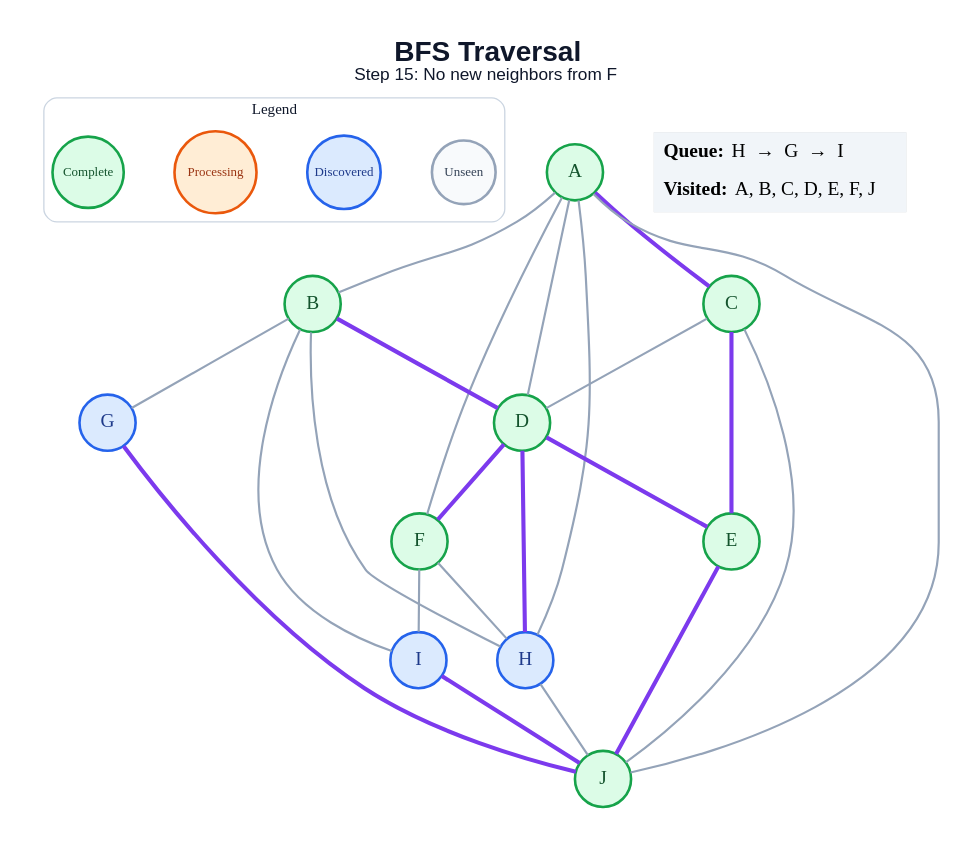
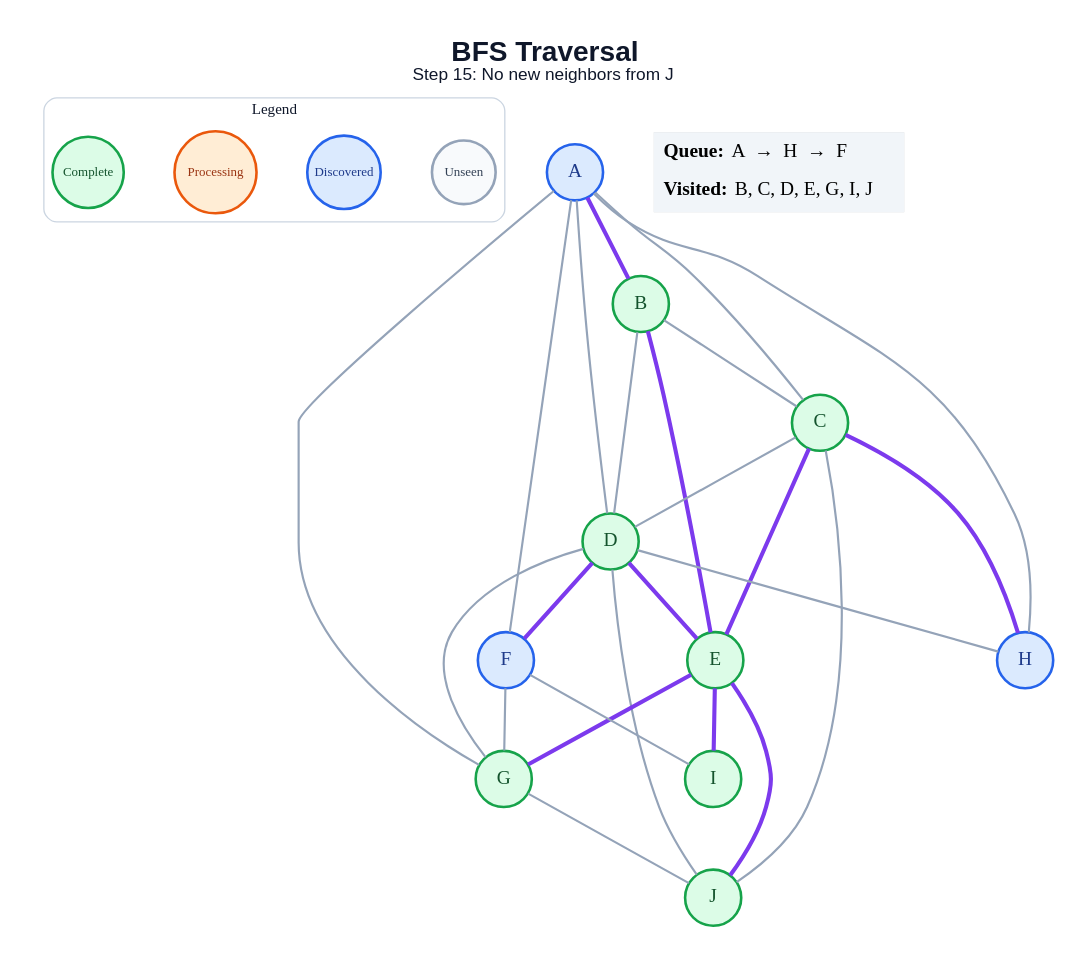
The diagram in generated/specific-node/bfs/step_15.dot (amanghodawala9/ai-slop), drawn with Graphviz before and after one commit. The commit also changed 178 other files, not shown here.

```diff
--- a/generated/specific-node/bfs/step_15.dot
+++ b/generated/specific-node/bfs/step_15.dot
@@ -1,51 +1,53 @@
 graph traversal {
   graph [layout=dot, rankdir=TB, bgcolor="#FFFFFF", pad="0.35", nodesep="0.65", ranksep="0.8", fontname="Arial"];
   node [shape=circle, style="filled", fontname="Arial Bold", fontsize=18, width=0.72, fixedsize=true, penwidth=2.4];
   edge [color="#94A3B8", penwidth=2.0];
-  label=<<B>BFS Traversal</B><BR/><FONT POINT-SIZE="16">Step 15: No new neighbors from F</FONT>>; labelloc="t"; fontsize=26; fontname="Arial"; fontcolor="#0F172A";
+  label=<<B>BFS Traversal</B><BR/><FONT POINT-SIZE="16">Step 15: No new neighbors from J</FONT>>; labelloc="t"; fontsize=26; fontname="Arial"; fontcolor="#0F172A";
   subgraph cluster_legend { label="Legend"; color="#CBD5E1"; penwidth=1.2; style="rounded"; fontsize=14; fontname="Arial Bold";
     key_unseen [label="Unseen", fillcolor="#F8FAFC", color="#94A3B8", fontcolor="#334155", fontsize=12, width=0.82];
     key_frontier [label="Discovered", fillcolor="#DBEAFE", color="#2563EB", fontcolor="#1E3A8A", fontsize=12, width=0.95];
     key_current [label="Processing", fillcolor="#FFEDD5", color="#EA580C", fontcolor="#9A3412", fontsize=12, width=1.05];
     key_done [label="Complete", fillcolor="#DCFCE7", color="#16A34A", fontcolor="#14532D", fontsize=12, width=0.92];
     { rank=same; key_unseen; key_frontier; key_current; key_done; }
   }
-  A [fillcolor="#DCFCE7", color="#16A34A", fontcolor="#14532D"];
+  A [fillcolor="#DBEAFE", color="#2563EB", fontcolor="#1E3A8A"];
   B [fillcolor="#DCFCE7", color="#16A34A", fontcolor="#14532D"];
   C [fillcolor="#DCFCE7", color="#16A34A", fontcolor="#14532D"];
   D [fillcolor="#DCFCE7", color="#16A34A", fontcolor="#14532D"];
   E [fillcolor="#DCFCE7", color="#16A34A", fontcolor="#14532D"];
-  F [fillcolor="#DCFCE7", color="#16A34A", fontcolor="#14532D"];
-  G [fillcolor="#DBEAFE", color="#2563EB", fontcolor="#1E3A8A"];
+  F [fillcolor="#DBEAFE", color="#2563EB", fontcolor="#1E3A8A"];
+  G [fillcolor="#DCFCE7", color="#16A34A", fontcolor="#14532D"];
   H [fillcolor="#DBEAFE", color="#2563EB", fontcolor="#1E3A8A"];
-  I [fillcolor="#DBEAFE", color="#2563EB", fontcolor="#1E3A8A"];
+  I [fillcolor="#DCFCE7", color="#16A34A", fontcolor="#14532D"];
   J [fillcolor="#DCFCE7", color="#16A34A", fontcolor="#14532D"];
-  A -- B;
-  A -- C [color="#7C3AED", penwidth=3.8];
+  A -- B [color="#7C3AED", penwidth=3.8];
+  A -- C;
   A -- D;
   A -- F;
+  A -- G;
   A -- H;
-  A -- J;
-  B -- D [color="#7C3AED", penwidth=3.8];
-  B -- G;
-  B -- H;
-  B -- I;
+  B -- C;
+  B -- D;
+  B -- E [color="#7C3AED", penwidth=3.8];
   C -- D;
   C -- E [color="#7C3AED", penwidth=3.8];
+  C -- H [color="#7C3AED", penwidth=3.8];
   C -- J;
   D -- E [color="#7C3AED", penwidth=3.8];
   D -- F [color="#7C3AED", penwidth=3.8];
-  D -- H [color="#7C3AED", penwidth=3.8];
+  D -- G;
+  D -- H;
+  D -- J;
+  E -- G [color="#7C3AED", penwidth=3.8];
+  E -- I [color="#7C3AED", penwidth=3.8];
   E -- J [color="#7C3AED", penwidth=3.8];
-  F -- H;
+  F -- G;
   F -- I;
-  G -- J [color="#7C3AED", penwidth=3.8];
-  H -- J;
-  I -- J [color="#7C3AED", penwidth=3.8];
+  G -- J;
   status [shape=plain, fixedsize=false, width=0, height=0, margin=0, label=<
     <TABLE BORDER="0" CELLBORDER="0" CELLPADDING="7" BGCOLOR="#F1F5F9">
-      <TR><TD ALIGN="LEFT"><B>Queue:</B> H  →  G  →  I</TD></TR>
-      <TR><TD ALIGN="LEFT"><B>Visited:</B> A, B, C, D, E, F, J</TD></TR>
+      <TR><TD ALIGN="LEFT"><B>Queue:</B> A  →  H  →  F</TD></TR>
+      <TR><TD ALIGN="LEFT"><B>Visited:</B> B, C, D, E, G, I, J</TD></TR>
     </TABLE>
   >];
 }
```
